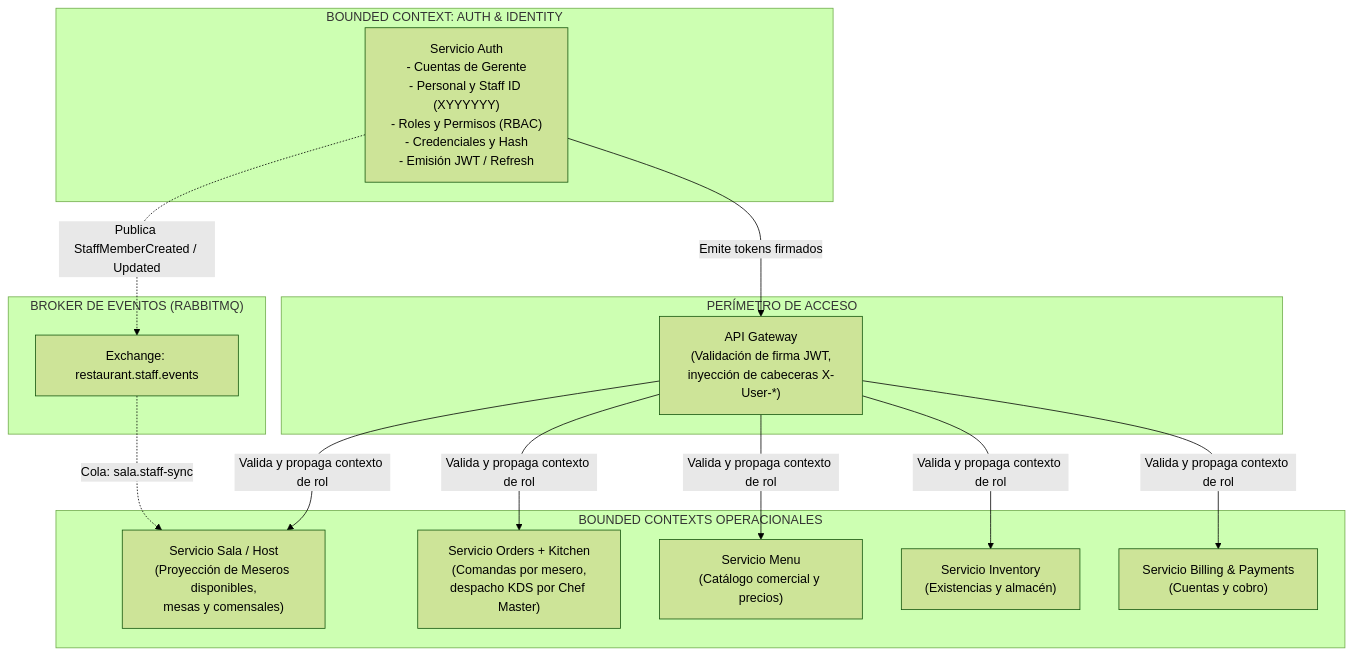
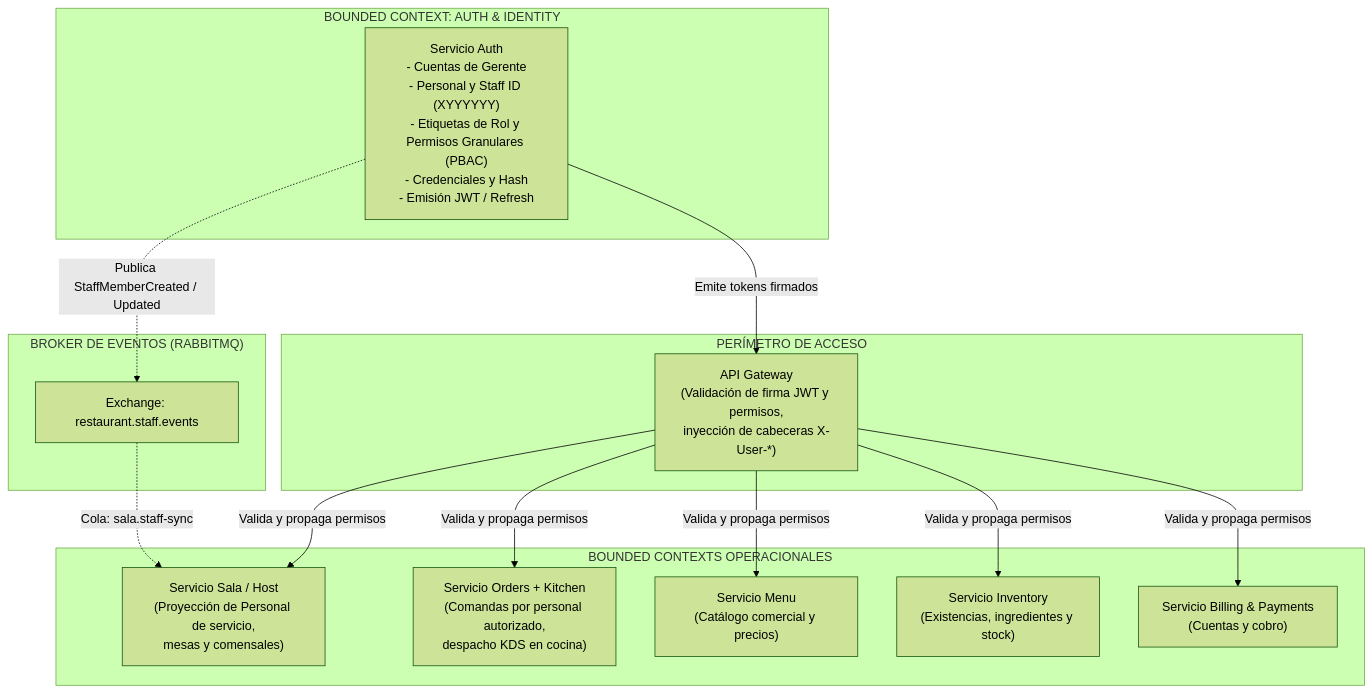
Before and after one commit to FMAT-Restaurant/Auth-Documentation: the first of 2 diagrams in output/ers/context.md, drawn with Mermaid (forest theme). The commit also changed other lines of this file and 9 other files, not shown here.

Commit message:
docs(ers): update ERS specifications with dynamic roles PBAC and team split

````diff
--- a/output/ers/context.md
+++ b/output/ers/context.md
@@ -29,32 +29,32 @@
 ```mermaid
 flowchart TD
     subgraph Dominio_Auth["BOUNDED CONTEXT: AUTH & IDENTITY"]
-        AuthService["Servicio Auth<br/>- Cuentas de Gerente<br/>- Personal y Staff ID (XYYYYYY)<br/>- Roles y Permisos (RBAC)<br/>- Credenciales y Hash<br/>- Emisión JWT / Refresh"]
+        AuthService["Servicio Auth<br/>- Cuentas de Gerente<br/>- Personal y Staff ID (XYYYYYY)<br/>- Etiquetas de Rol y Permisos Granulares (PBAC)<br/>- Credenciales y Hash<br/>- Emisión JWT / Refresh"]
     end
 
     subgraph Perimetro["PERÍMETRO DE ACCESO"]
-        Gateway["API Gateway<br/>(Validación de firma JWT,<br/>inyección de cabeceras X-User-*)"]
+        Gateway["API Gateway<br/>(Validación de firma JWT y permisos,<br/>inyección de cabeceras X-User-*)"]
     end
 
     subgraph Dominio_Operativo["BOUNDED CONTEXTS OPERACIONALES"]
-        Sala["Servicio Sala / Host<br/>(Proyección de Meseros disponibles,<br/>mesas y comensales)"]
-        Orders["Servicio Orders + Kitchen<br/>(Comandas por mesero,<br/>despacho KDS por Chef Master)"]
+        Sala["Servicio Sala / Host<br/>(Proyección de Personal de servicio,<br/>mesas y comensales)"]
+        Orders["Servicio Orders + Kitchen<br/>(Comandas por personal autorizado,<br/>despacho KDS en cocina)"]
         Menu["Servicio Menu<br/>(Catálogo comercial y precios)"]
-        Inventory["Servicio Inventory<br/>(Existencias y almacén)"]
+        Inventory["Servicio Inventory<br/>(Existencias, ingredientes y stock)"]
         Billing["Servicio Billing & Payments<br/>(Cuentas y cobro)"]
     end
 
     subgraph Mensajeria["BROKER DE EVENTOS (RABBITMQ)"]
         Rabbit["Exchange: restaurant.staff.events"]
     end
 
     AuthService -->|"Emite tokens firmados"| Gateway
-    Gateway -->|"Valida y propaga contexto de rol"| Sala
-    Gateway -->|"Valida y propaga contexto de rol"| Orders
-    Gateway -->|"Valida y propaga contexto de rol"| Menu
-    Gateway -->|"Valida y propaga contexto de rol"| Inventory
-    Gateway -->|"Valida y propaga contexto de rol"| Billing
+    Gateway -->|"Valida y propaga permisos"| Sala
+    Gateway -->|"Valida y propaga permisos"| Orders
+    Gateway -->|"Valida y propaga permisos"| Menu
+    Gateway -->|"Valida y propaga permisos"| Inventory
+    Gateway -->|"Valida y propaga permisos"| Billing
 
     AuthService -.->|"Publica StaffMemberCreated / Updated"| Rabbit
     Rabbit -.->|"Cola: sala.staff-sync"| Sala
 ```
````
